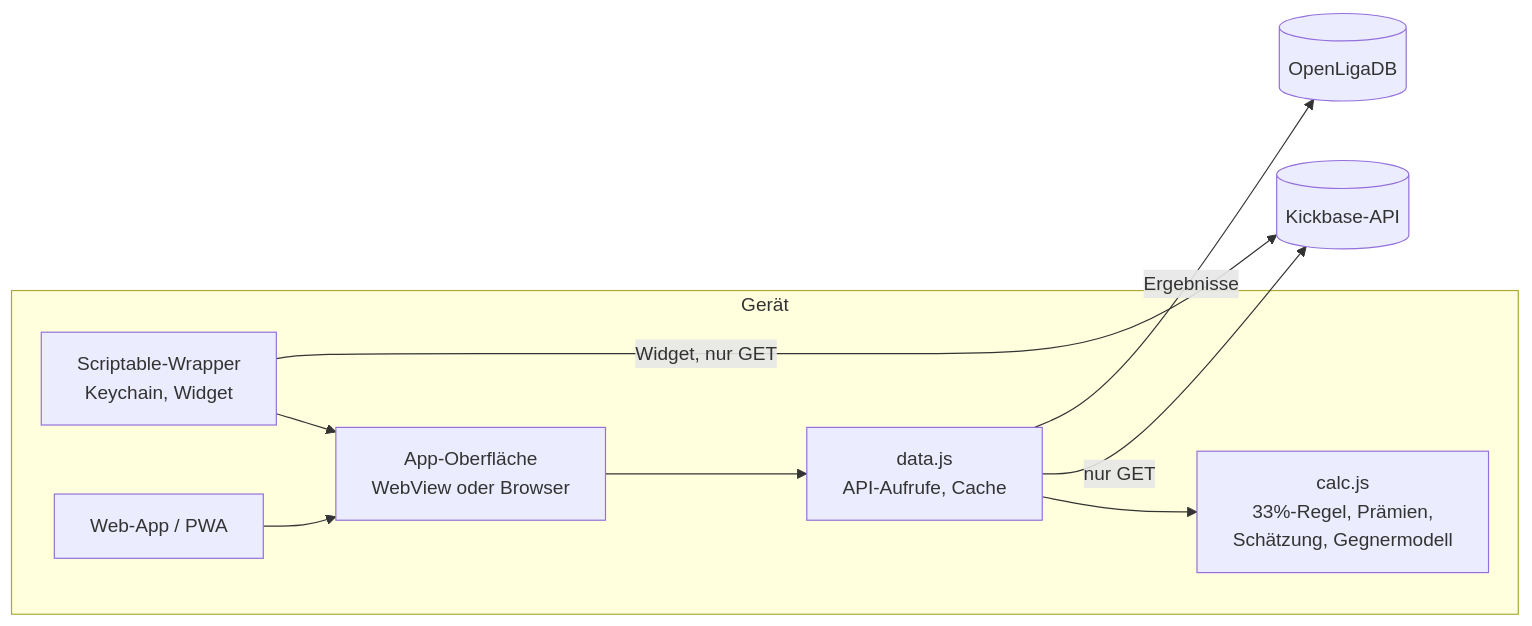
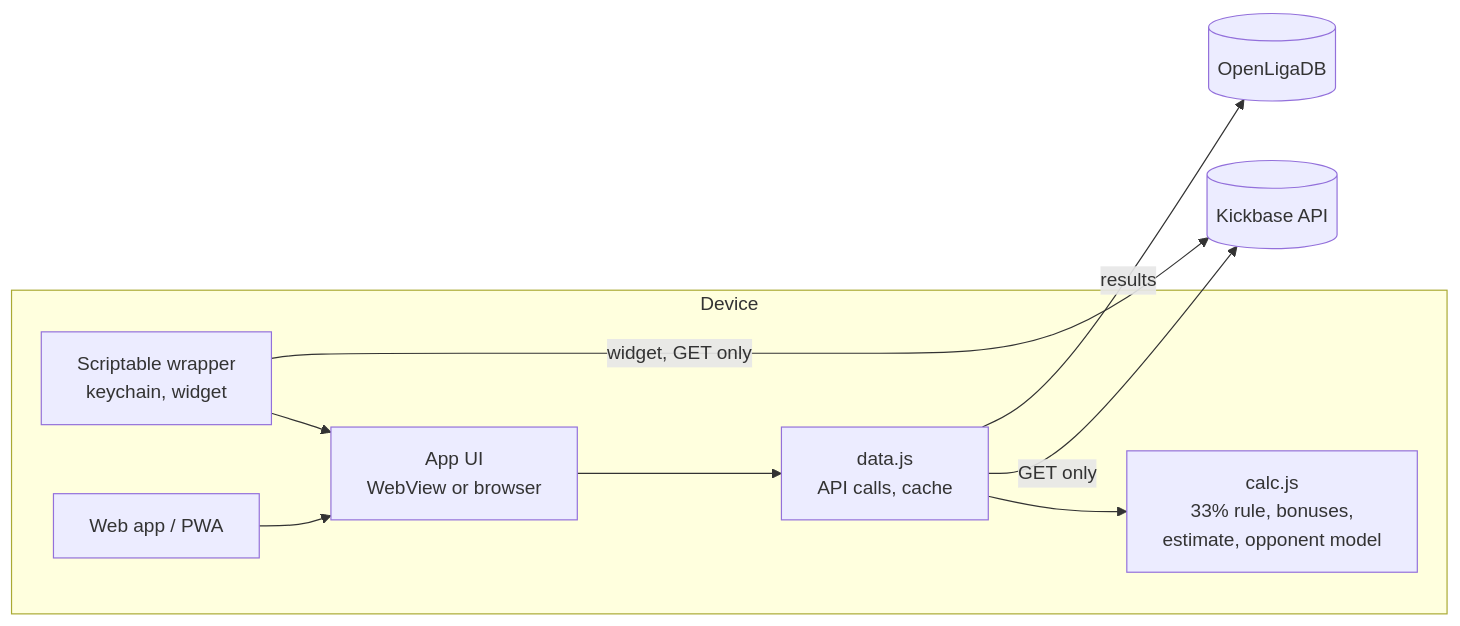
Before and after one commit to azarucha/Kaderplaner: the diagram in README.md, drawn with Mermaid. The commit also changed other lines of this file and 2 other files, not shown here.

````diff
--- a/README.md
+++ b/README.md
@@ -140,12 +139,12 @@
 ```mermaid
 flowchart LR
-  subgraph Gerät
-    W[Scriptable-Wrapper<br/>Keychain, Widget] --> V[App-Oberfläche<br/>WebView oder Browser]
-    P[Web-App / PWA] --> V
-    V --> D[data.js<br/>API-Aufrufe, Cache]
-    D --> C[calc.js<br/>33%-Regel, Prämien,<br/>Schätzung, Gegnermodell]
+  subgraph Device
+    W[Scriptable wrapper<br/>keychain, widget] --> V[App UI<br/>WebView or browser]
+    P[Web app / PWA] --> V
+    V --> D[data.js<br/>API calls, cache]
+    D --> C[calc.js<br/>33% rule, bonuses,<br/>estimate, opponent model]
   end
-  D -->|nur GET| K[(Kickbase-API)]
-  D -->|Ergebnisse| O[(OpenLigaDB)]
-  W -->|Widget, nur GET| K
+  D -->|GET only| K[(Kickbase API)]
+  D -->|results| O[(OpenLigaDB)]
+  W -->|widget, GET only| K
 ```
````
